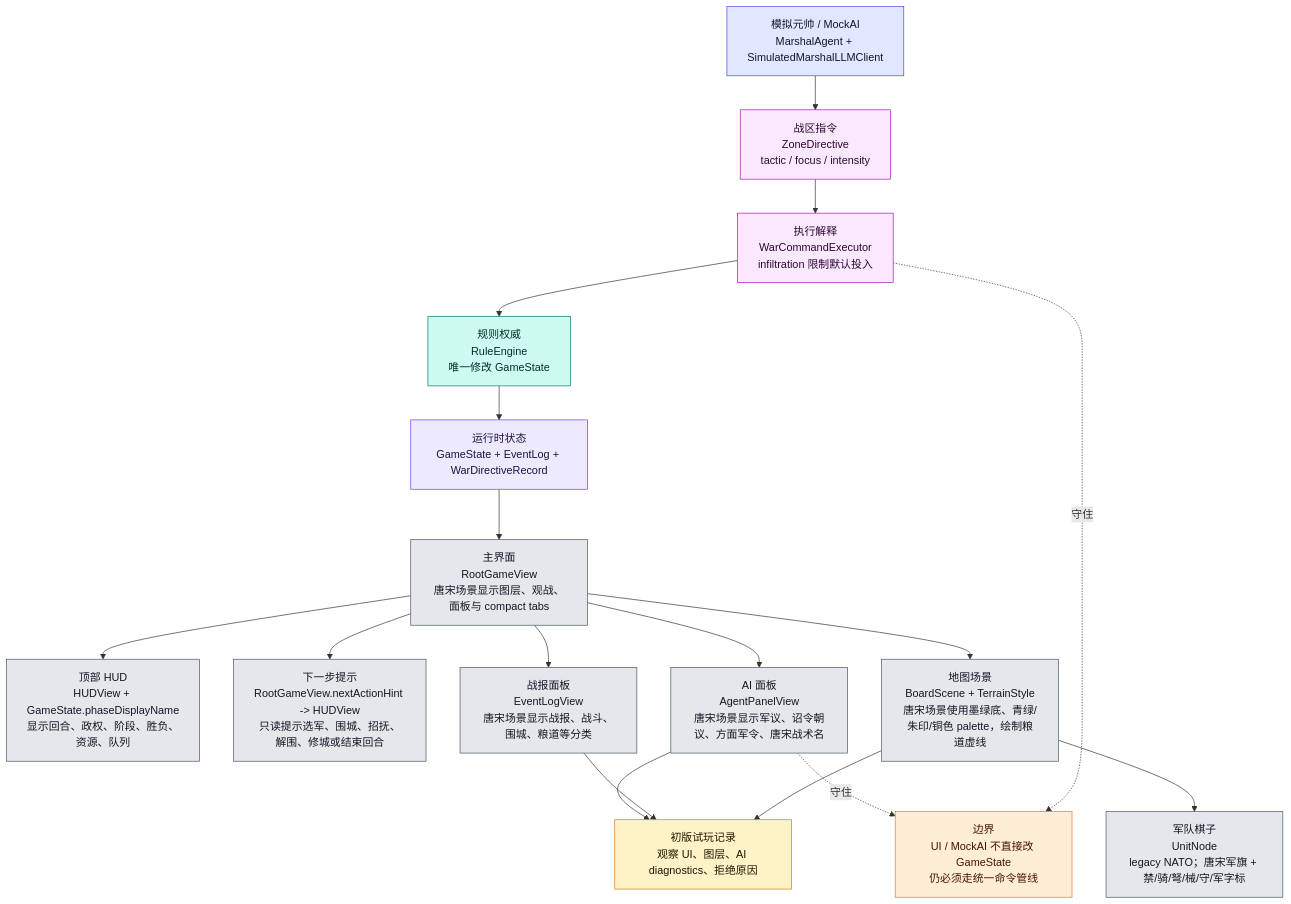
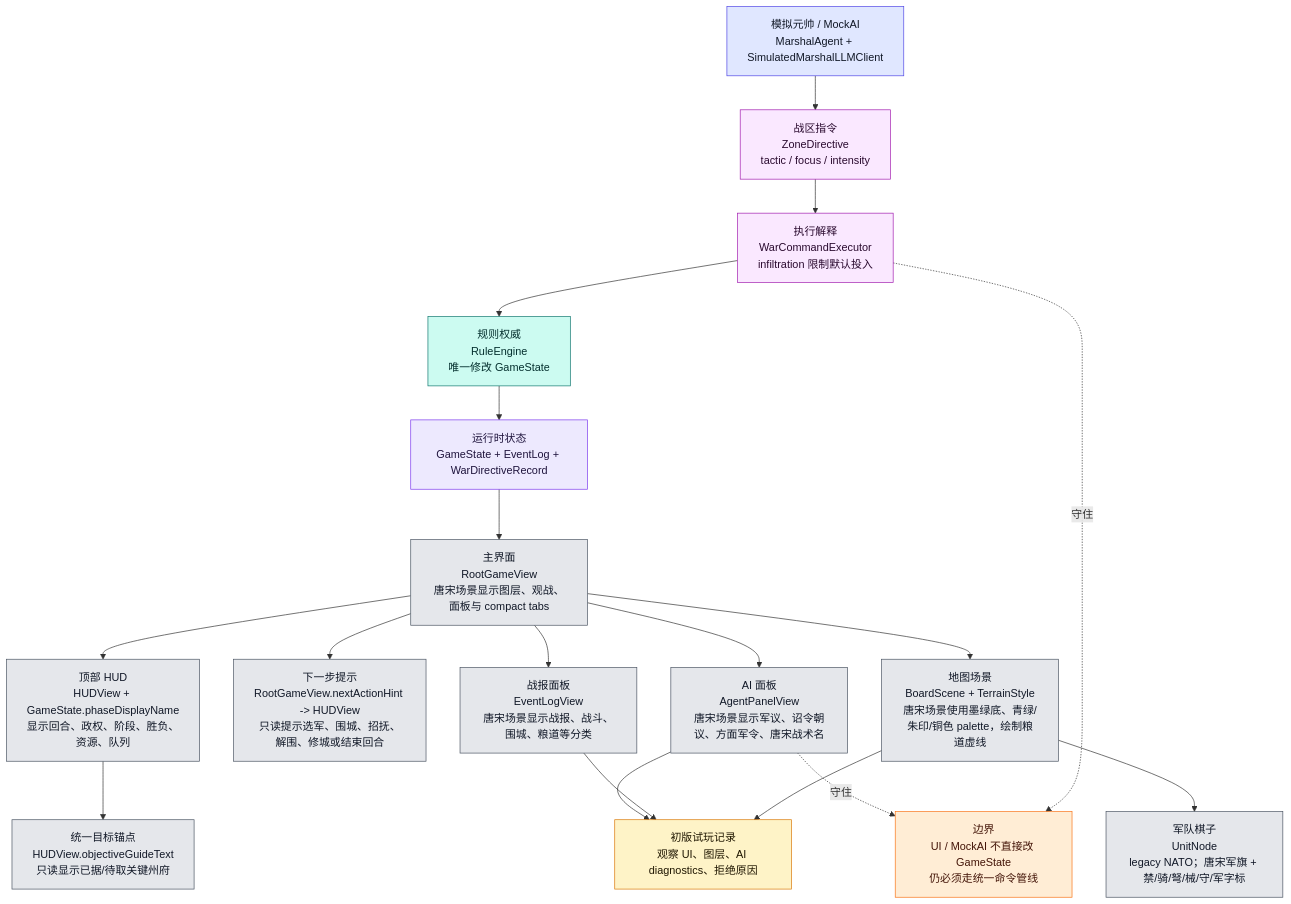
The tenth of 12 diagrams in md/flow/flowchart.md (Altman-sam114/125), drawn with Mermaid before and after one commit. The commit also changed other lines of this file and 7 other files, not shown here.

````diff
--- a/md/flow/flowchart.md
+++ b/md/flow/flowchart.md
@@ -533,40 +536,42 @@
 ```mermaid
 flowchart TD
     STATE["运行时状态<br/>GameState + EventLog + WarDirectiveRecord"]:::state
     ROOT["主界面<br/>RootGameView<br/>唐宋场景显示图层、观战、面板与 compact tabs"]:::ui
     HUD["顶部 HUD<br/>HUDView + GameState.phaseDisplayName<br/>显示回合、政权、阶段、胜负、资源、队列"]:::ui
+    GOAL["统一目标锚点<br/>HUDView.objectiveGuideText<br/>只读显示已据/待取关键州府"]:::ui
     HINT["下一步提示<br/>RootGameView.nextActionHint -> HUDView<br/>只读提示选军、围城、招抚、解围、修城或结束回合"]:::ui
     LOG["战报面板<br/>EventLogView<br/>唐宋场景显示战报、战斗、围城、粮道等分类"]:::ui
     AIUI["AI 面板<br/>AgentPanelView<br/>唐宋场景显示军议、诏令朝议、方面军令、唐宋战术名"]:::ui
     BOARD["地图场景<br/>BoardScene + TerrainStyle<br/>唐宋场景使用墨绿底、青绿/朱印/铜色 palette，绘制粮道虚线"]:::ui
     UNIT["军队棋子<br/>UnitNode<br/>legacy NATO；唐宋军旗 + 禁/骑/弩/械/守/军字标"]:::ui
     MARSHAL["模拟元帅 / MockAI<br/>MarshalAgent + SimulatedMarshalLLMClient"]:::ai
     ZD["战区指令<br/>ZoneDirective<br/>tactic / focus / intensity"]:::command
     WCE["执行解释<br/>WarCommandExecutor<br/>infiltration 限制默认投入"]:::command
     RULE["规则权威<br/>RuleEngine<br/>唯一修改 GameState"]:::rules
     PLAYTEST["初版试玩记录<br/>观察 UI、图层、AI diagnostics、拒绝原因"]:::doc
 
     STATE --> ROOT
     ROOT --> HUD
+    HUD --> GOAL
     ROOT --> HINT
     ROOT --> LOG
     ROOT --> AIUI
     ROOT --> BOARD
     BOARD --> UNIT
     MARSHAL --> ZD --> WCE --> RULE --> STATE
     AIUI --> PLAYTEST
     LOG --> PLAYTEST
     BOARD --> PLAYTEST
 
     WARN["边界<br/>UI / MockAI 不直接改 GameState<br/>仍必须走统一命令管线"]:::warn
     AIUI -.守住.-> WARN
     WCE -.守住.-> WARN
 
     classDef state fill:#ede9fe,stroke:#7c3aed,color:#1f143d
     classDef ui fill:#e5e7eb,stroke:#4b5563,color:#111827
     classDef ai fill:#e0e7ff,stroke:#4f46e5,color:#111827
     classDef command fill:#fae8ff,stroke:#a21caf,color:#2a0a2f
     classDef rules fill:#ccfbf1,stroke:#0f766e,color:#042f2e
     classDef doc fill:#fef3c7,stroke:#d97706,color:#1f1600
     classDef warn fill:#ffedd5,stroke:#f97316,color:#431407
 ```
````
